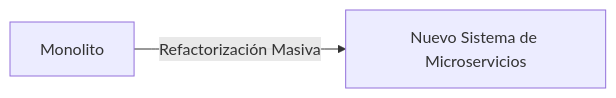
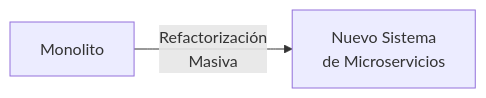
One commit to map0logo/curso-docker-k8s changed the fourth of 12 diagrams in slides/05-introduccion-k8s.qmd. Above: the diagram before and after it, drawn with Mermaid. The commit also changed other lines of this file and 2 other files, not shown here.

````diff
--- a/slides/05-introduccion-k8s.qmd
+++ b/slides/05-introduccion-k8s.qmd
@@ -133,4 +133,6 @@
 ```{mermaid}
 graph LR
-    A[Monolito] -->|Refactorización Masiva| B[Nuevo Sistema de Microservicios]
+    A[Monolito] -->|"Refactorización
+    Masiva"| B["Nuevo Sistema
+    de Microservicios"]
 ```
````
